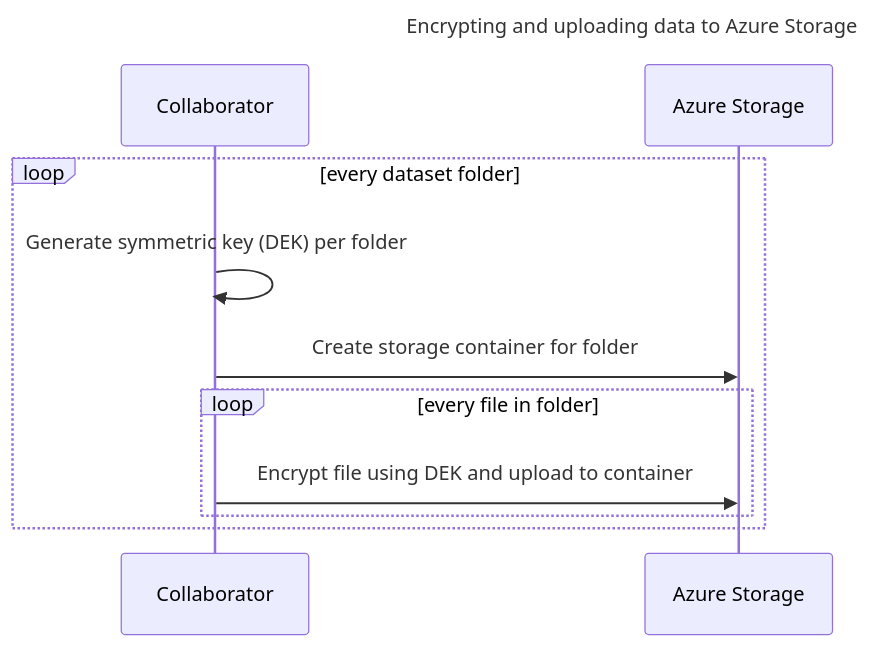
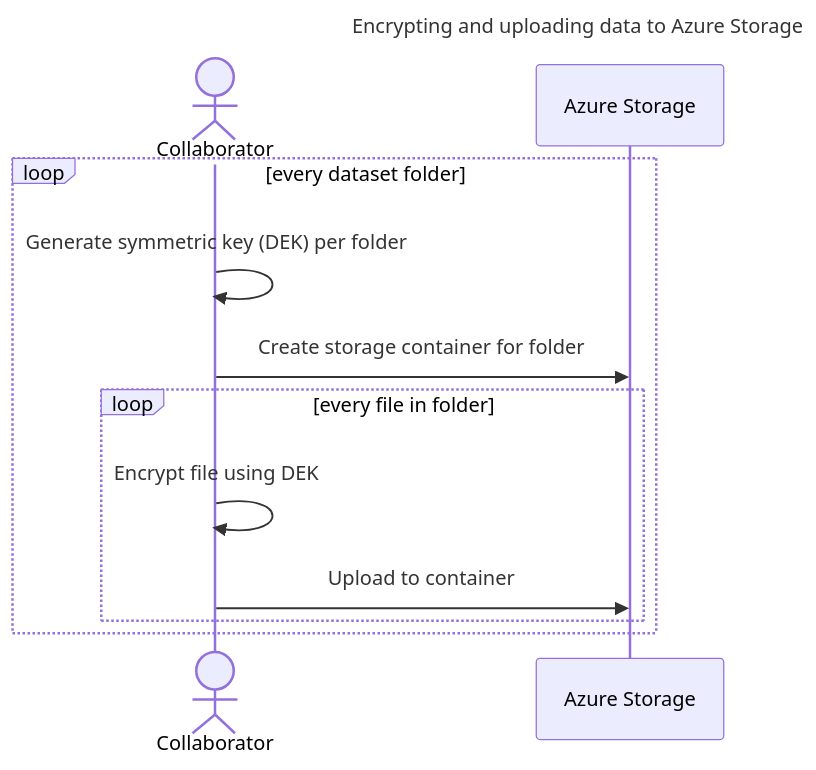
Before and after one commit to hprabh/azure-cleanroom-samples: the third of 5 diagrams in README.md, drawn with Mermaid. The commit also changed other lines of this file and 2 other files, not shown here.

````diff
--- a/README.md
+++ b/README.md
@@ -363,14 +363,15 @@
 ```mermaid
 sequenceDiagram
     title Encrypting and uploading data to Azure Storage
-    participant m1 as Collaborator
+    actor m1 as Collaborator
     participant storage as Azure Storage
 
     loop every dataset folder
         m1->>m1: Generate symmetric key (DEK) per folder
         m1->>storage: Create storage container for folder
         loop every file in folder
-            m1->>storage: Encrypt file using DEK and upload to container
+            m1->>m1: Encrypt file using DEK
+            m1->>storage: Upload to container
         end
     end
 ```
````
